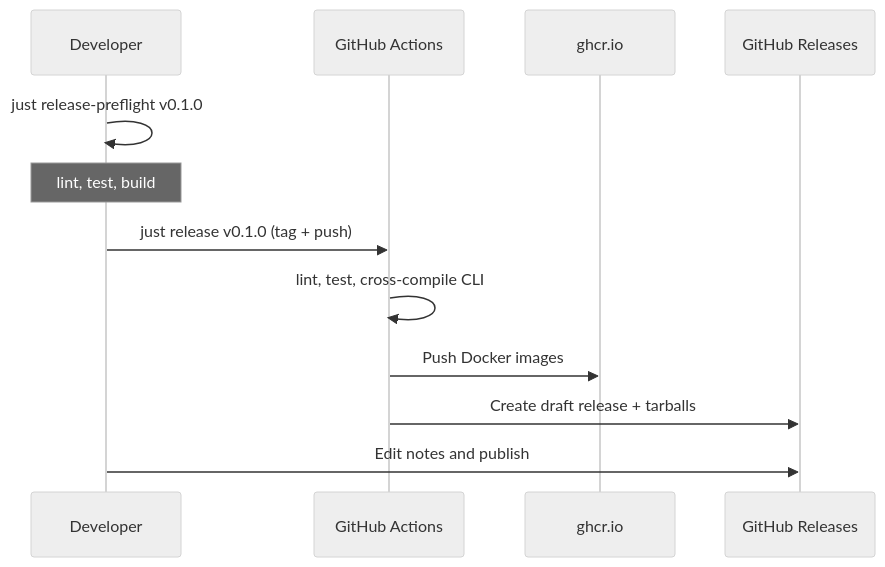
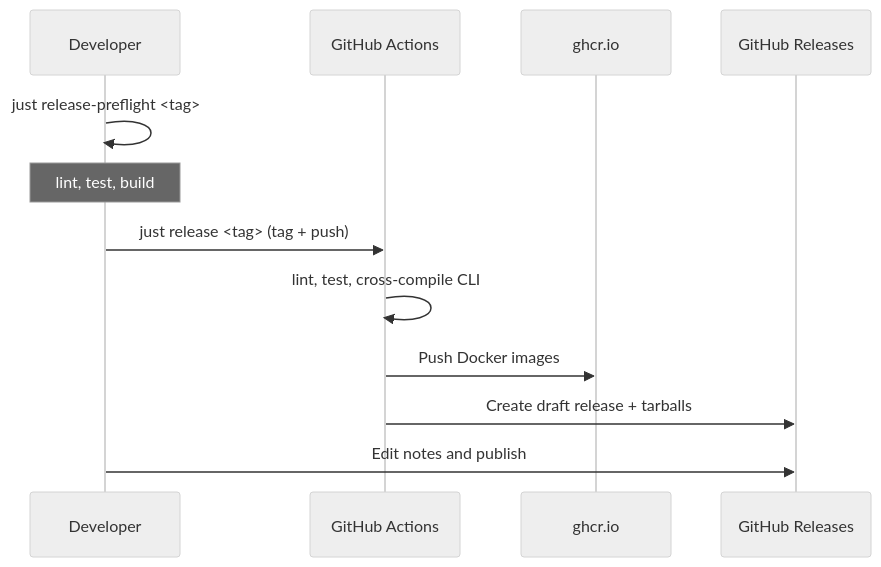
The third of 3 diagrams in docs/DEVELOPERS.md (shirvan/praxis), drawn with Mermaid (neutral theme) before and after one commit. The commit also changed other lines of this file and 12 other files, not shown here.

````diff
--- a/docs/DEVELOPERS.md
+++ b/docs/DEVELOPERS.md
@@ -417,15 +424,15 @@
 ```mermaid
 sequenceDiagram
     participant Dev as Developer
     participant GH as GitHub Actions
     participant GHCR as ghcr.io
     participant Rel as GitHub Releases
 
-    Dev->>Dev: just release-preflight v0.1.0
+    Dev->>Dev: just release-preflight <tag>
     Note over Dev: lint, test, build
-    Dev->>GH: just release v0.1.0 (tag + push)
+    Dev->>GH: just release <tag> (tag + push)
     GH->>GH: lint, test, cross-compile CLI
     GH->>GHCR: Push Docker images
     GH->>Rel: Create draft release + tarballs
     Dev->>Rel: Edit notes and publish
 ```
````
